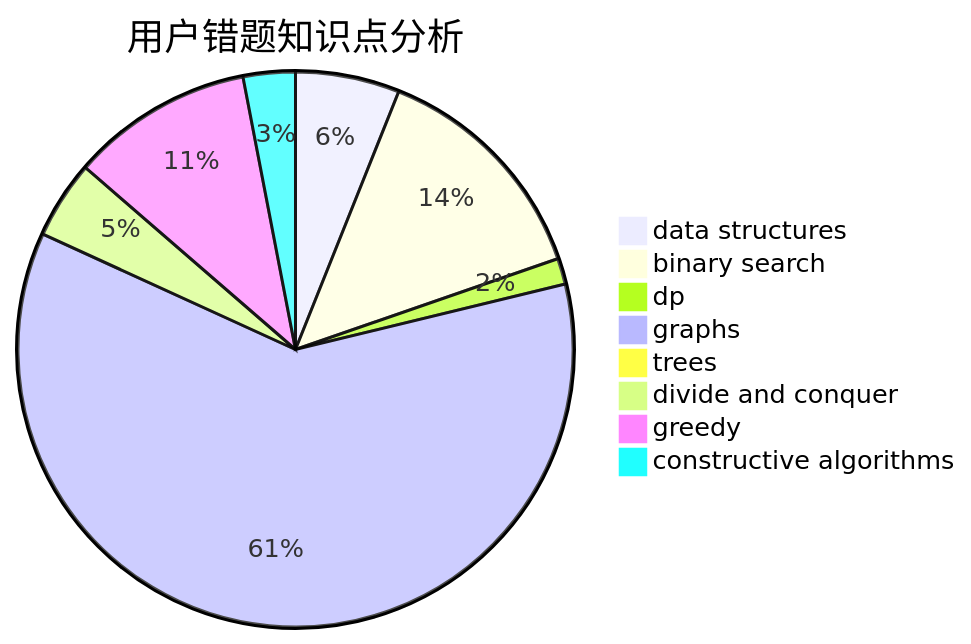
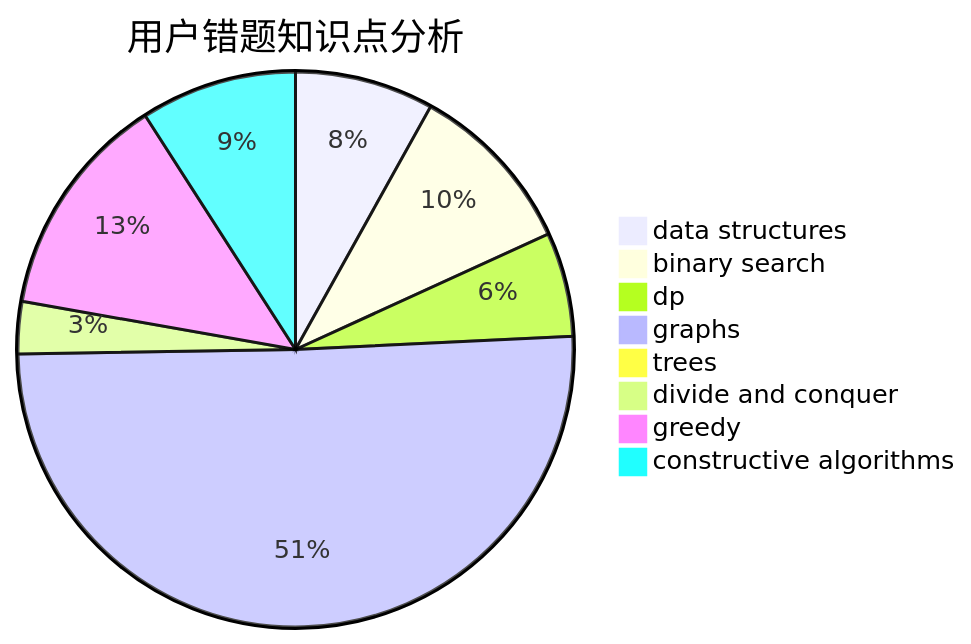
One commit to sherpahu/cfrs.github.io changed the third of 3 diagrams in docs/user/u2364.md. Above: the diagram before and after it, drawn with Mermaid. The commit also changed other lines of this file and 2770 other files, not shown here.

````diff
--- a/docs/user/u2364.md
+++ b/docs/user/u2364.md
@@ -36,11 +36,11 @@
 ```mermaid
 pie title 用户错题知识点分析
-    "data structures" :  4
-    "binary search" :  9
-    "dp" :  1
-    "graphs" :  40
+    "data structures" :  8
+    "binary search" :  10
+    "dp" :  6
+    "graphs" :  50
     "trees" :  0
     "divide and conquer" :  3
-    "greedy" :  7
-    "constructive algorithms" :  2
+    "greedy" :  13
+    "constructive algorithms" :  9
 ```
````
